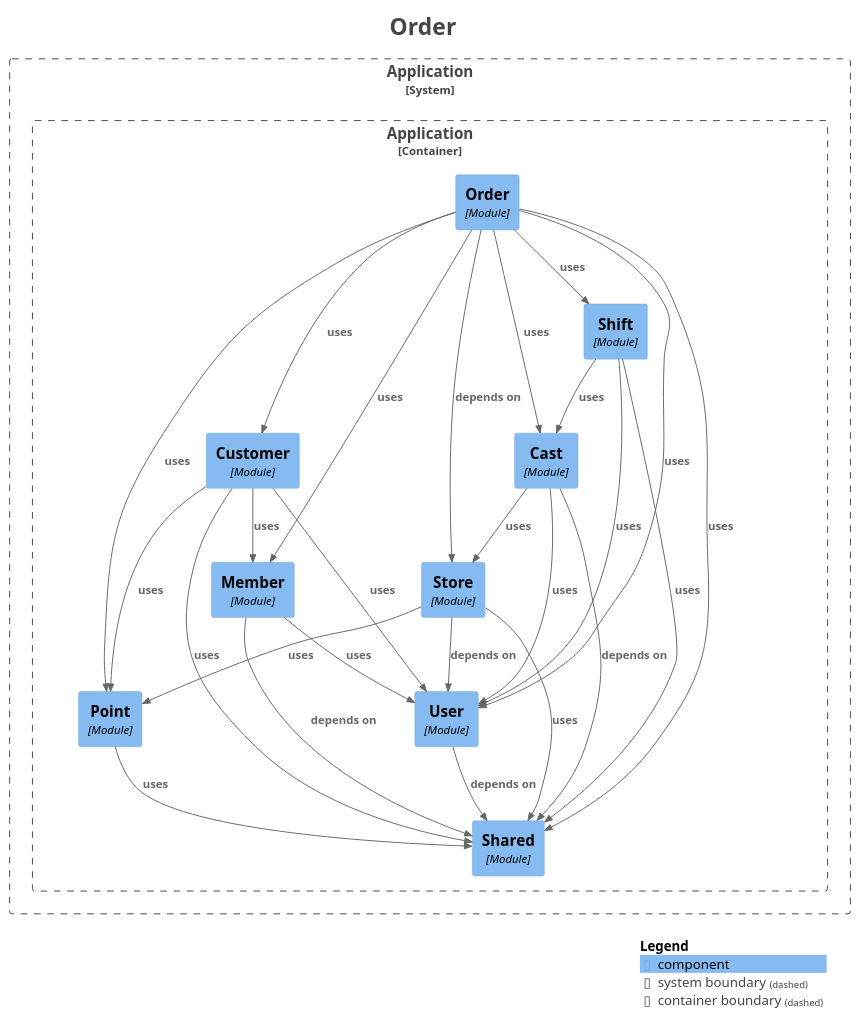
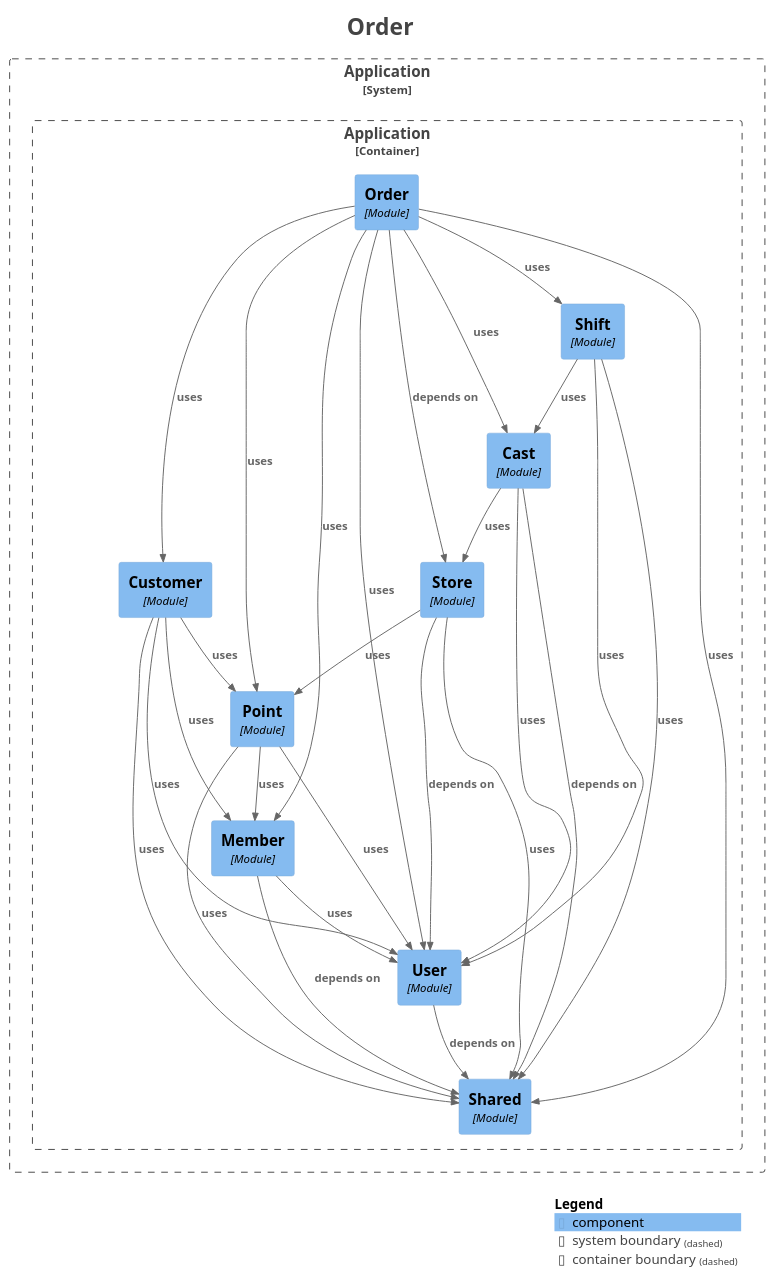
One commit to kanghouchao/Kizuna changed the diagram in backend/docs/modulith/module-order.puml. Above: the diagram before and after it, drawn with PlantUML. The commit also changed 18 other files, not shown here.

```diff
--- a/backend/docs/modulith/module-order.puml
+++ b/backend/docs/modulith/module-order.puml
@@ -1,61 +1,63 @@
 @startuml
 title <size:24>Order</size>
 
 set separator none
 top to bottom direction
 
 <style>
   root {
     BackgroundColor: #ffffff
     FontColor: #444444
   }
 </style>
 
 !include <C4/C4>
 !include <C4/C4_Context>
 !include <C4/C4_Component>
 
 System_Boundary("Application_boundary", "Application", $tags="") {
   Container_Boundary("Application.Application_boundary", "Application", $tags="") {
     Component(Application.Application.Point, "Point", $techn="Module", $descr="", $tags="", $link="")
     Component(Application.Application.Customer, "Customer", $techn="Module", $descr="", $tags="", $link="")
     Component(Application.Application.Store, "Store", $techn="Module", $descr="", $tags="", $link="")
     Component(Application.Application.Cast, "Cast", $techn="Module", $descr="", $tags="", $link="")
     Component(Application.Application.Shift, "Shift", $techn="Module", $descr="", $tags="", $link="")
     Component(Application.Application.Order, "Order", $techn="Module", $descr="", $tags="", $link="")
     Component(Application.Application.Shared, "Shared", $techn="Module", $descr="", $tags="", $link="")
     Component(Application.Application.User, "User", $techn="Module", $descr="", $tags="", $link="")
     Component(Application.Application.Member, "Member", $techn="Module", $descr="", $tags="", $link="")
   }
 
 }
 
-Rel(Application.Application.Point, Application.Application.Shared, "uses", $techn="", $tags="", $link="")
-Rel(Application.Application.Customer, Application.Application.Member, "uses", $techn="", $tags="", $link="")
-Rel(Application.Application.Customer, Application.Application.User, "uses", $techn="", $tags="", $link="")
-Rel(Application.Application.Customer, Application.Application.Point, "uses", $techn="", $tags="", $link="")
-Rel(Application.Application.Customer, Application.Application.Shared, "uses", $techn="", $tags="", $link="")
 Rel(Application.Application.Store, Application.Application.User, "depends on", $techn="", $tags="", $link="")
 Rel(Application.Application.Store, Application.Application.Point, "uses", $techn="", $tags="", $link="")
 Rel(Application.Application.Store, Application.Application.Shared, "uses", $techn="", $tags="", $link="")
+Rel(Application.Application.User, Application.Application.Shared, "depends on", $techn="", $tags="", $link="")
 Rel(Application.Application.Shift, Application.Application.User, "uses", $techn="", $tags="", $link="")
 Rel(Application.Application.Shift, Application.Application.Cast, "uses", $techn="", $tags="", $link="")
 Rel(Application.Application.Shift, Application.Application.Shared, "uses", $techn="", $tags="", $link="")
-Rel(Application.Application.User, Application.Application.Shared, "depends on", $techn="", $tags="", $link="")
-Rel(Application.Application.Member, Application.Application.Shared, "depends on", $techn="", $tags="", $link="")
-Rel(Application.Application.Member, Application.Application.User, "uses", $techn="", $tags="", $link="")
+Rel(Application.Application.Cast, Application.Application.Shared, "depends on", $techn="", $tags="", $link="")
+Rel(Application.Application.Cast, Application.Application.User, "uses", $techn="", $tags="", $link="")
+Rel(Application.Application.Cast, Application.Application.Store, "uses", $techn="", $tags="", $link="")
 Rel(Application.Application.Order, Application.Application.Store, "depends on", $techn="", $tags="", $link="")
 Rel(Application.Application.Order, Application.Application.Customer, "uses", $techn="", $tags="", $link="")
 Rel(Application.Application.Order, Application.Application.User, "uses", $techn="", $tags="", $link="")
 Rel(Application.Application.Order, Application.Application.Member, "uses", $techn="", $tags="", $link="")
 Rel(Application.Application.Order, Application.Application.Shift, "uses", $techn="", $tags="", $link="")
 Rel(Application.Application.Order, Application.Application.Shared, "uses", $techn="", $tags="", $link="")
 Rel(Application.Application.Order, Application.Application.Cast, "uses", $techn="", $tags="", $link="")
 Rel(Application.Application.Order, Application.Application.Point, "uses", $techn="", $tags="", $link="")
-Rel(Application.Application.Cast, Application.Application.Shared, "depends on", $techn="", $tags="", $link="")
-Rel(Application.Application.Cast, Application.Application.User, "uses", $techn="", $tags="", $link="")
-Rel(Application.Application.Cast, Application.Application.Store, "uses", $techn="", $tags="", $link="")
+Rel(Application.Application.Member, Application.Application.Shared, "depends on", $techn="", $tags="", $link="")
+Rel(Application.Application.Member, Application.Application.User, "uses", $techn="", $tags="", $link="")
+Rel(Application.Application.Point, Application.Application.User, "uses", $techn="", $tags="", $link="")
+Rel(Application.Application.Point, Application.Application.Member, "uses", $techn="", $tags="", $link="")
+Rel(Application.Application.Point, Application.Application.Shared, "uses", $techn="", $tags="", $link="")
+Rel(Application.Application.Customer, Application.Application.Member, "uses", $techn="", $tags="", $link="")
+Rel(Application.Application.Customer, Application.Application.User, "uses", $techn="", $tags="", $link="")
+Rel(Application.Application.Customer, Application.Application.Point, "uses", $techn="", $tags="", $link="")
+Rel(Application.Application.Customer, Application.Application.Shared, "uses", $techn="", $tags="", $link="")
 
 SHOW_LEGEND(true)
 hide stereotypes
 @enduml
```
